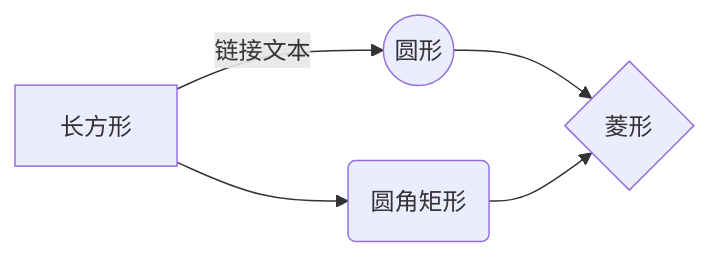
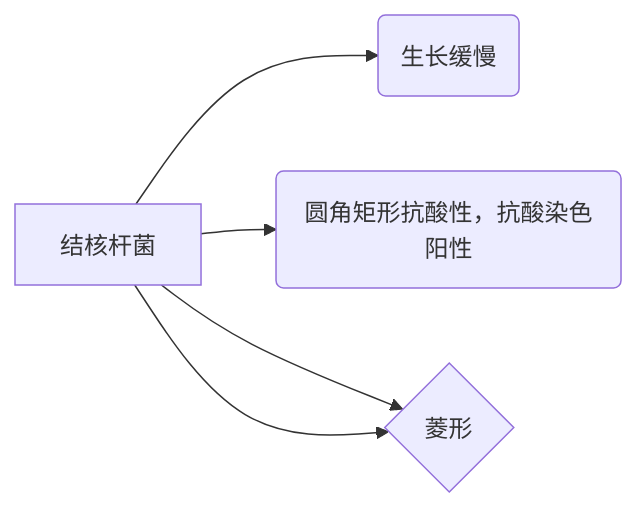
One commit to viket-vista/Notes changed the second of 2 diagrams in 大三下/内科学.md. Above: the diagram before and after it, drawn with Mermaid. The commit also changed other lines of this file, not shown here.

Commit message:
大三下/内科学.md updated from https://stackedit.cn/

````diff
--- a/大三下/内科学.md
+++ b/大三下/内科学.md
@@ -18,7 +18,7 @@
 ```mermaid
 graph LR
-A[长方形] -- 链接文本 --> B((圆形))
-A --> C(圆角矩形)
-B --> D{菱形}
-C --> D
+A[结核杆菌] --> B(生长缓慢)
+A --> C("圆角矩形抗酸性，抗酸染色阳性")
+A --> D{菱形}
+A --> D
 ```
````
